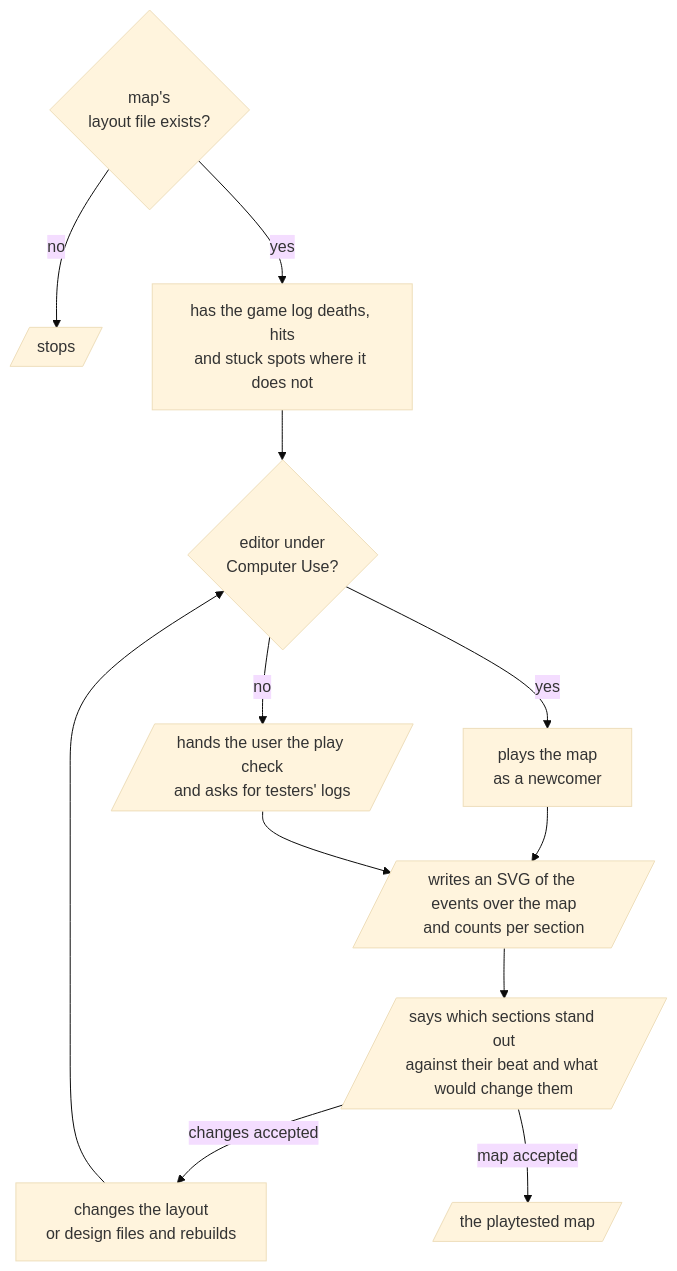
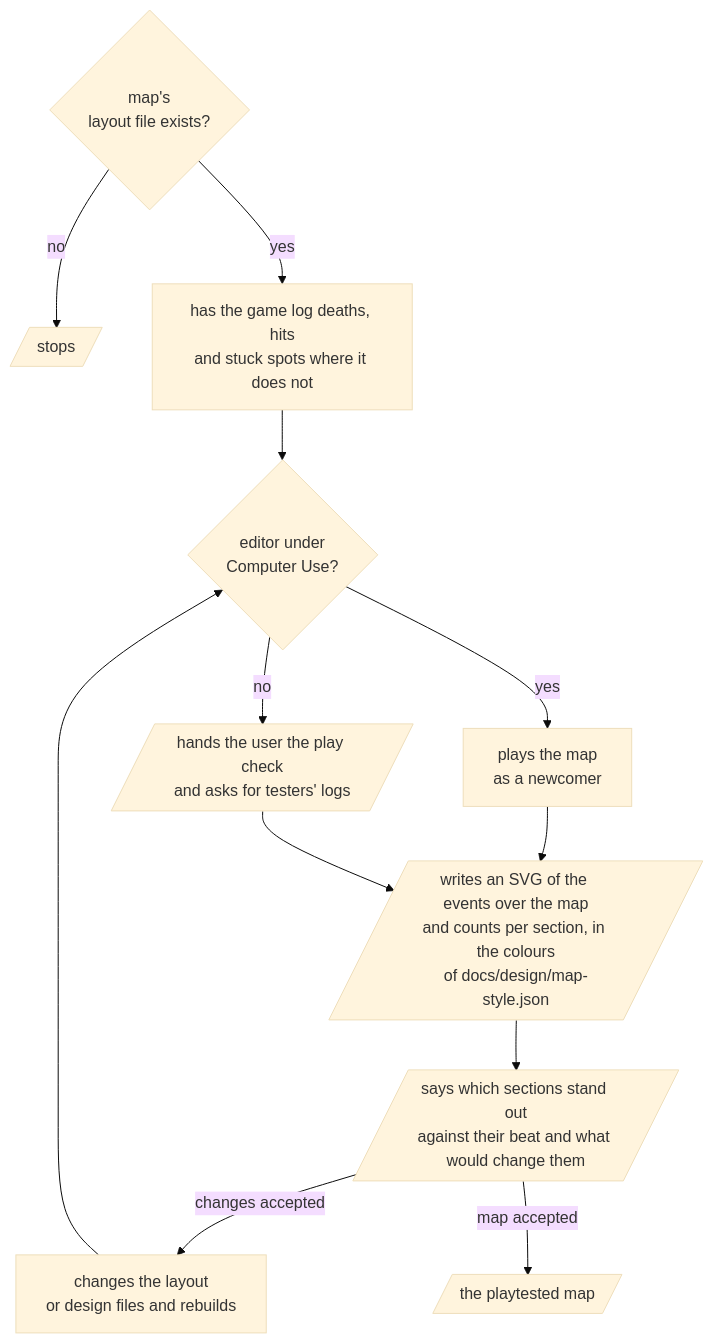
Before and after one commit to omni-stove/skill-kit: the diagram in domains/game/skills/playtest/README.md, drawn with Mermaid (base theme). The commit also changed 19 other files, not shown here.

````diff
--- a/domains/game/skills/playtest/README.md
+++ b/domains/game/skills/playtest/README.md
@@ -3,15 +3,15 @@
 ```mermaid
 flowchart TD
   start{map's<br/>layout file exists?}
   start -- "no" --> stop[/stops/]
   start -- "yes" --> log[has the game log deaths, hits<br/>and stuck spots where it does not]
   log --> how{editor under<br/>Computer Use?}
   how -- "yes" --> play[plays the map<br/>as a newcomer]
   how -- "no" --> hand[/hands the user the play check<br/>and asks for testers' logs/]
   play --> heat
-  hand --> heat[/writes an SVG of the events over the map<br/>and counts per section/]
+  hand --> heat[/writes an SVG of the events over the map<br/>and counts per section, in the colours<br/>of docs/design/map-style.json/]
   heat --> weigh[/says which sections stand out<br/>against their beat and what would change them/]
   weigh -- "changes accepted" --> fix[changes the layout<br/>or design files and rebuilds]
   fix --> how
   weigh -- "map accepted" --> done[/the playtested map/]
 ```
````
